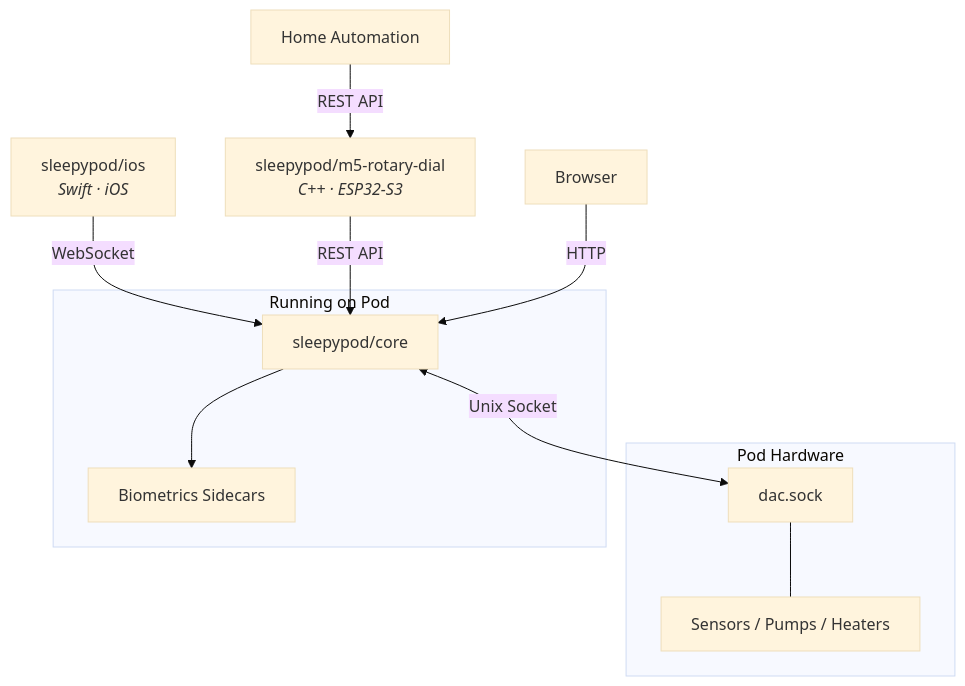
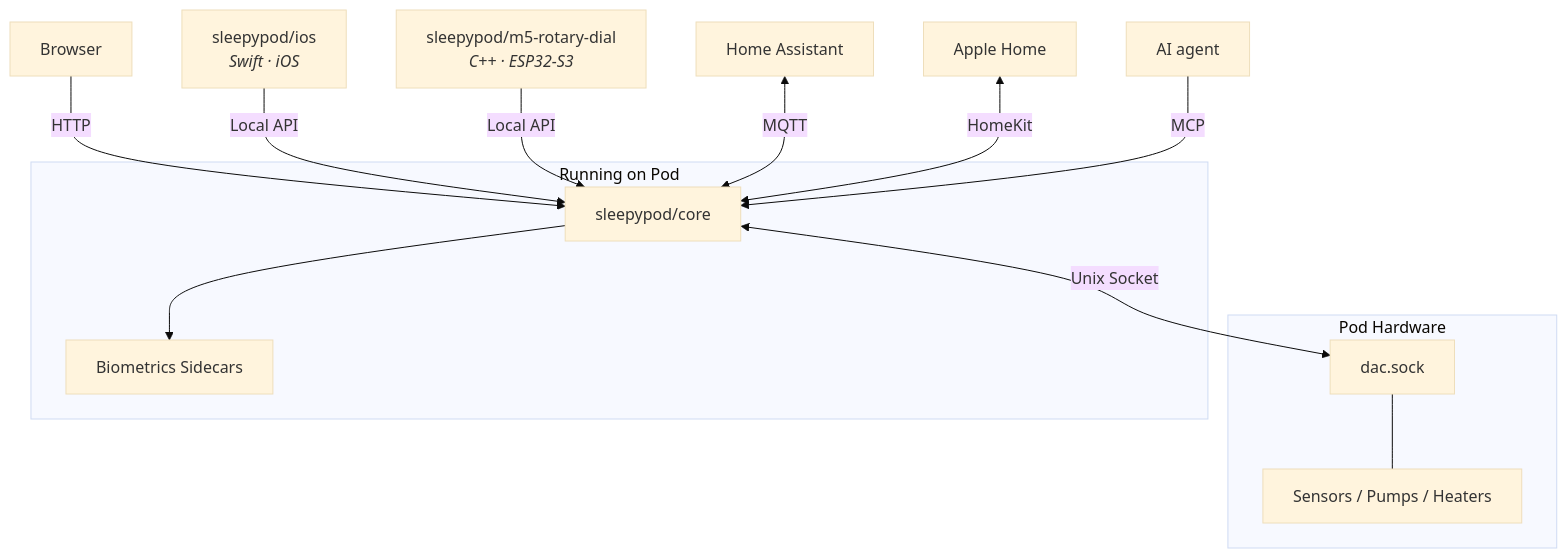
Before and after one commit to sleepypod/.github: the diagram in profile/README.md, drawn with Mermaid (base theme). The commit also changed other lines of this file, not shown here.

First line of the commit message:
Bring the org profile up to date with the docs site, Discord, MCP, HomeKit, MQTT, and Autopilot (#1)

````diff
--- a/profile/README.md
+++ b/profile/README.md
@@ -27,26 +35,30 @@
 ```mermaid
 graph TD
     subgraph Pod ["Pod Hardware"]
         HW["Sensors / Pumps / Heaters"]
         DAC["dac.sock"]
     end
 
     subgraph OnPod ["Running on Pod"]
         CORE["sleepypod/core"]
         BIO["Biometrics Sidecars"]
     end
 
+    BROWSER["Browser"]
     IOS["sleepypod/ios<br/><i>Swift · iOS</i>"]
     DIAL["sleepypod/m5-rotary-dial<br/><i>C++ · ESP32-S3</i>"]
-    BROWSER["Browser"]
-    HA["Home Automation"]
+    HA["Home Assistant"]
+    HOME["Apple Home"]
+    AGENT["AI agent"]
 
-    IOS -- "WebSocket" --> CORE
-    DIAL -- "REST API" --> CORE
     BROWSER -- "HTTP" --> CORE
-    HA -- "REST API" --> DIAL
+    IOS -- "Local API" --> CORE
+    DIAL -- "Local API" --> CORE
+    HA <-- "MQTT" --> CORE
+    HOME <-- "HomeKit" --> CORE
+    AGENT -- "MCP" --> CORE
 
     CORE <-- "Unix Socket" --> DAC
     CORE --> BIO
     DAC --- HW
 ```
````
